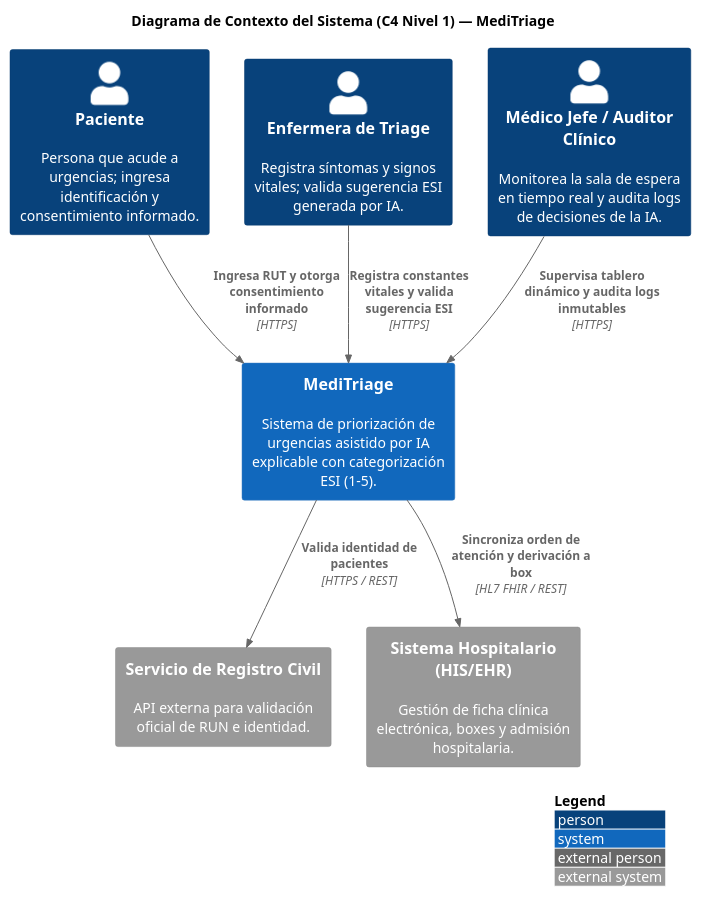
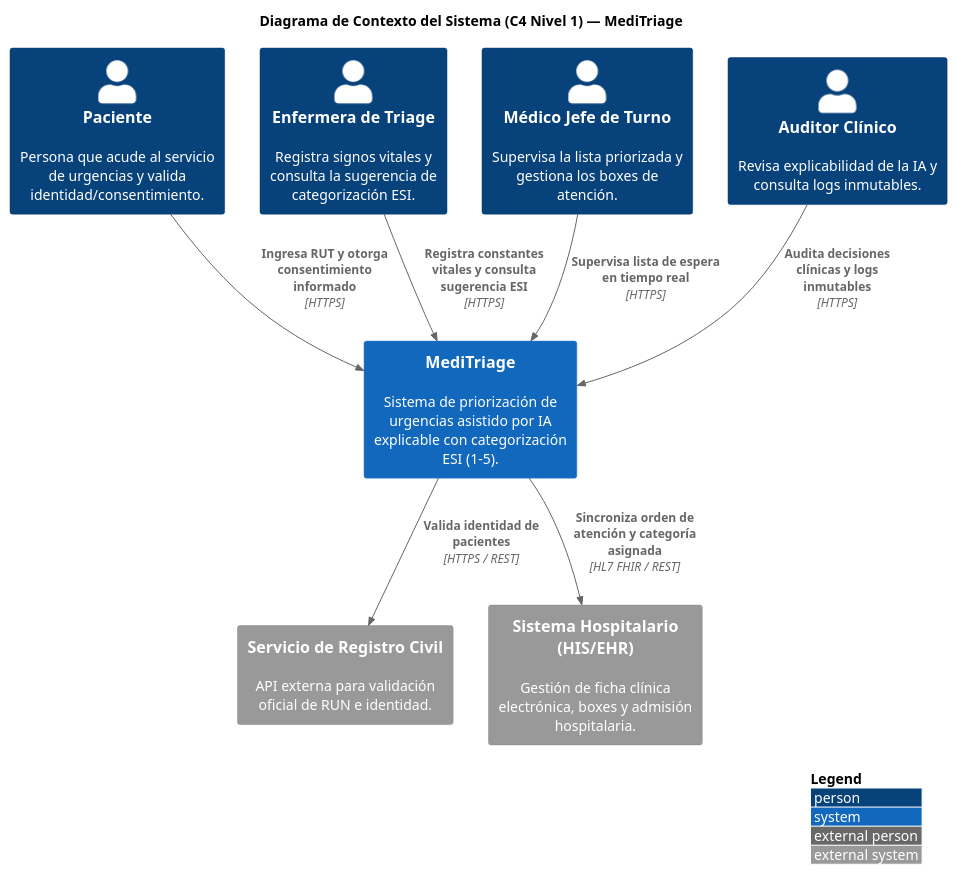
One commit to DrrFunky/equipo-ESSIA-meditriage changed the diagram in docs/c4/l1-context.puml. Above: the diagram before and after it, drawn with PlantUML.

```diff
--- a/docs/c4/l1-context.puml
+++ b/docs/c4/l1-context.puml
@@ -1,24 +1,26 @@
 @startuml l1-context
 !include https://raw.githubusercontent.com/plantuml-stdlib/C4-PlantUML/master/C4_Context.puml
 
 LAYOUT_WITH_LEGEND()
 
 title Diagrama de Contexto del Sistema (C4 Nivel 1) — MediTriage
 
-Person(paciente, "Paciente", "Persona que acude a urgencias; ingresa identificación y consentimiento informado.")
-Person(enfermera, "Enfermera de Triage", "Registra síntomas y signos vitales; valida sugerencia ESI generada por IA.")
-Person(medico_auditor, "Médico Jefe / Auditor Clínico", "Monitorea la sala de espera en tiempo real y audita logs de decisiones de la IA.")
+Person(paciente, "Paciente", "Persona que acude al servicio de urgencias y valida identidad/consentimiento.")
+Person(enfermera, "Enfermera de Triage", "Registra signos vitales y consulta la sugerencia de categorización ESI.")
+Person(medico, "Médico Jefe de Turno", "Supervisa la lista priorizada y gestiona los boxes de atención.")
+Person(auditor, "Auditor Clínico", "Revisa explicabilidad de la IA y consulta logs inmutables.")
 
 System(meditriage, "MediTriage", "Sistema de priorización de urgencias asistido por IA explicable con categorización ESI (1-5).")
 
 System_Ext(reg_civil, "Servicio de Registro Civil", "API externa para validación oficial de RUN e identidad.")
 System_Ext(his, "Sistema Hospitalario (HIS/EHR)", "Gestión de ficha clínica electrónica, boxes y admisión hospitalaria.")
 
 Rel(paciente, meditriage, "Ingresa RUT y otorga consentimiento informado", "HTTPS")
-Rel(enfermera, meditriage, "Registra constantes vitales y valida sugerencia ESI", "HTTPS")
-Rel(medico_auditor, meditriage, "Supervisa tablero dinámico y audita logs inmutables", "HTTPS")
+Rel(enfermera, meditriage, "Registra constantes vitales y consulta sugerencia ESI", "HTTPS")
+Rel(medico, meditriage, "Supervisa lista de espera en tiempo real", "HTTPS")
+Rel(auditor, meditriage, "Audita decisiones clínicas y logs inmutables", "HTTPS")
 
 Rel(meditriage, reg_civil, "Valida identidad de pacientes", "HTTPS / REST")
-Rel(meditriage, his, "Sincroniza orden de atención y derivación a box", "HL7 FHIR / REST")
+Rel(meditriage, his, "Sincroniza orden de atención y categoría asignada", "HL7 FHIR / REST")
 
 @enduml
```
